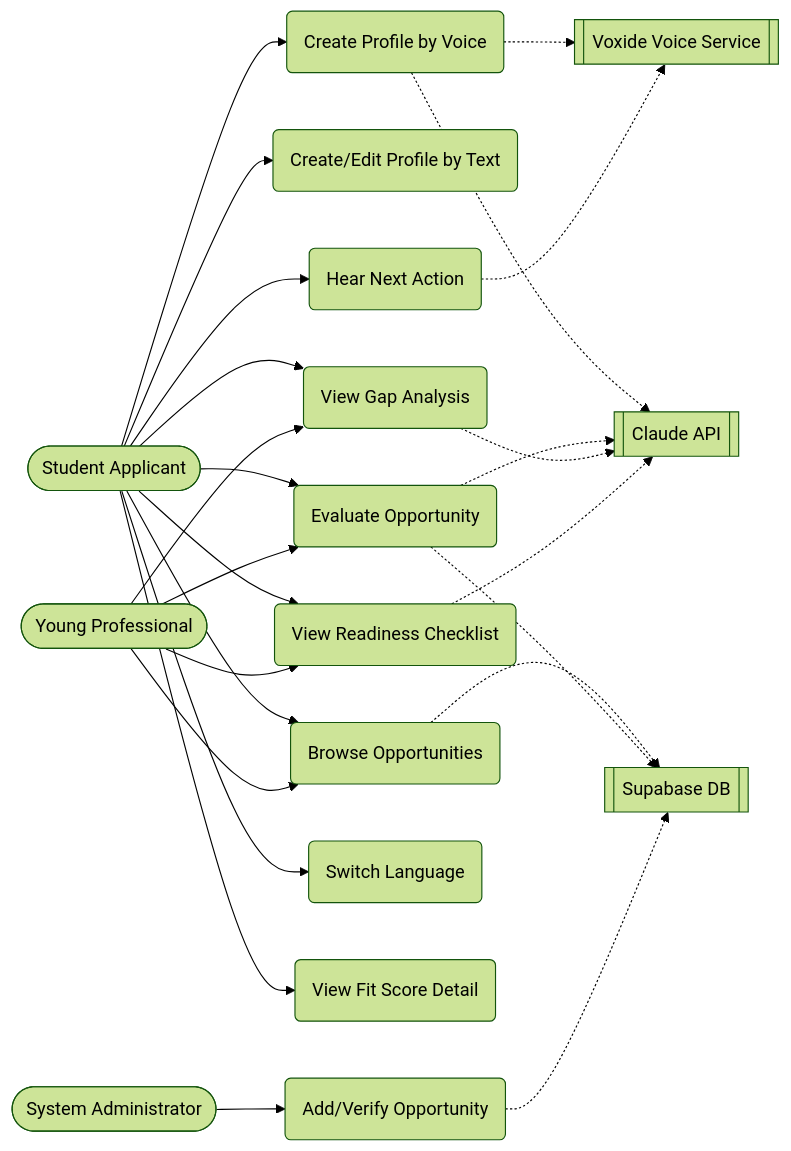
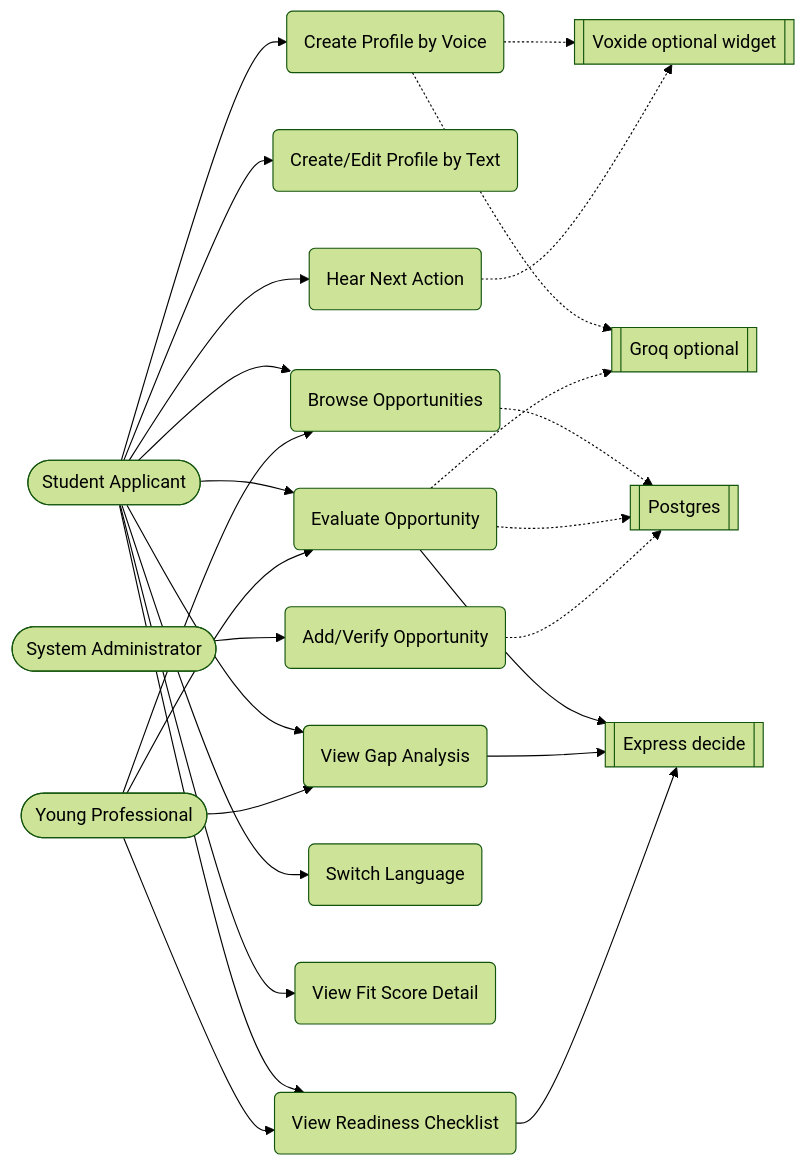
One commit to mumekonin/hulum changed the first of 10 diagrams in HULUM_Documentation.md. Above: the diagram before and after it, drawn with Mermaid (forest theme). The commit also changed other lines of this file and 9 other files, not shown here.

First line of the commit message:
fix(docs): SRS §3-5 as-built decide/Groq diagrams

````diff
--- a/HULUM_Documentation.md
+++ b/HULUM_Documentation.md
@@ -380,36 +381,38 @@
 ```mermaid
 flowchart LR
     Student([Student Applicant])
     Professional([Young Professional])
     Admin([System Administrator])
-    Claude[[Claude API]]
-    Voxide[[Voxide Voice Service]]
-    Supabase[[Supabase DB]]
+    Engine[[Express decide]]
+    Groq[[Groq optional]]
+    Voxide[[Voxide optional widget]]
+    DB[[Postgres]]
 
     Student --> UC1(Create Profile by Voice)
     Student --> UC2(Create/Edit Profile by Text)
     Student --> UC3(Browse Opportunities)
     Student --> UC4(Evaluate Opportunity)
     Student --> UC5(View Gap Analysis)
     Student --> UC6(View Readiness Checklist)
     Student --> UC7(Hear Next Action)
     Student --> UC9(Switch Language)
     Student --> UC10(View Fit Score Detail)
 
     Professional --> UC3
     Professional --> UC4
     Professional --> UC5
     Professional --> UC6
 
     Admin --> UC8(Add/Verify Opportunity)
 
     UC1 -.-> Voxide
     UC7 -.-> Voxide
-    UC1 -.-> Claude
-    UC4 -.-> Claude
-    UC5 -.-> Claude
-    UC6 -.-> Claude
-    UC3 -.-> Supabase
-    UC4 -.-> Supabase
-    UC8 -.-> Supabase
+    UC1 -.-> Groq
+    UC4 --> Engine
+    UC4 -.-> Groq
+    UC5 --> Engine
+    UC6 --> Engine
+    UC3 -.-> DB
+    UC4 -.-> DB
+    UC8 -.-> DB
 ```
````
